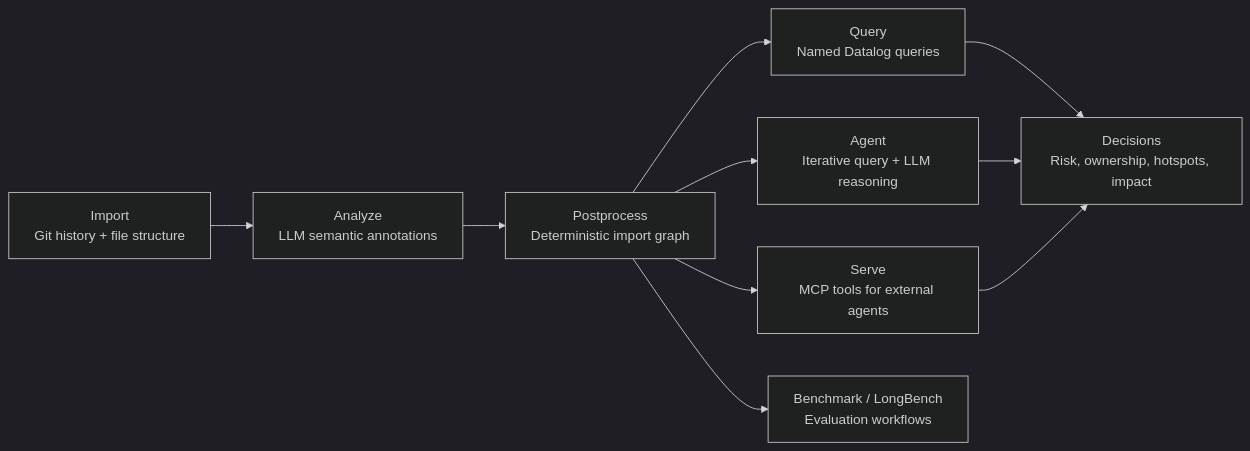
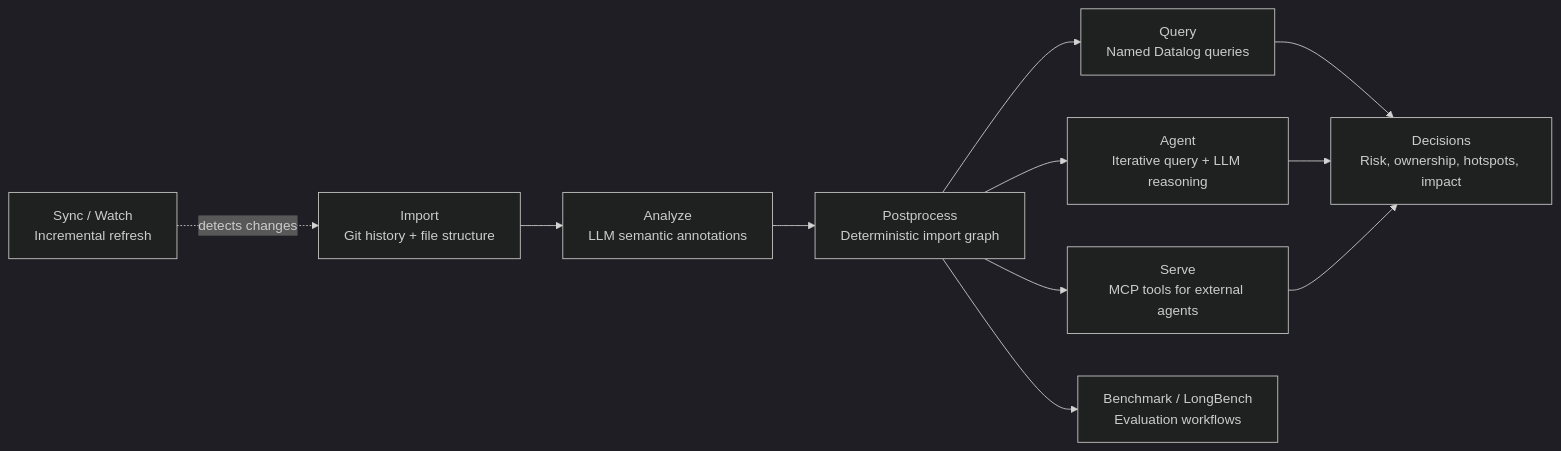
One commit to leifericf/noumenon changed the first of 2 diagrams in README.md. Above: the diagram before and after it, drawn with Mermaid (dark theme). The commit also changed other lines of this file and 7 other files, not shown here.

Commit message:
feat: add sync and watch commands for incremental updates

````diff
--- a/README.md
+++ b/README.md
@@ -154,15 +168,17 @@
 ```mermaid
 flowchart LR
   A[Import\nGit history + file structure] --> B[Analyze\nLLM semantic annotations]
   B --> C[Postprocess\nDeterministic import graph]
+
+  S[Sync / Watch\nIncremental refresh] -.->|detects changes| A
 
   C --> D[Query\nNamed Datalog queries]
   C --> E[Agent\nIterative query + LLM reasoning]
   C --> F[Serve\nMCP tools for external agents]
 
   D --> G[Decisions\nRisk, ownership, hotspots, impact]
   E --> G
   F --> G
 
   C --> H[Benchmark / LongBench\nEvaluation workflows]
 ```
````
